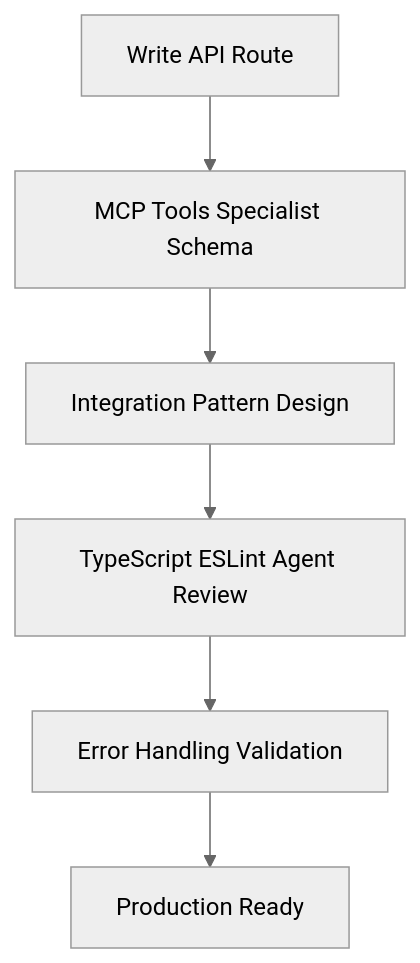
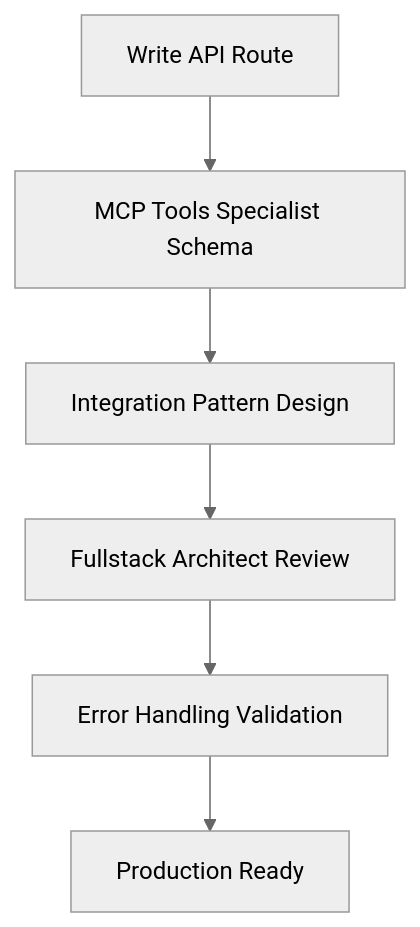
One commit to missgemma415/work-payroll-project changed the second of 2 diagrams in ProjectTasks.md. Above: the diagram before and after it, drawn with Mermaid (neutral theme). The commit also changed other lines of this file and 15 other files, not shown here.

````diff
--- a/ProjectTasks.md
+++ b/ProjectTasks.md
@@ -403,8 +404,8 @@
 ```mermaid
 graph TD
     A[Write API Route] --> B[MCP Tools Specialist Schema]
     B --> C[Integration Pattern Design]
-    C --> D[TypeScript ESLint Agent Review]
+    C --> D[Fullstack Architect Review]
     D --> E[Error Handling Validation]
     E --> F[Production Ready]
 ```
````
